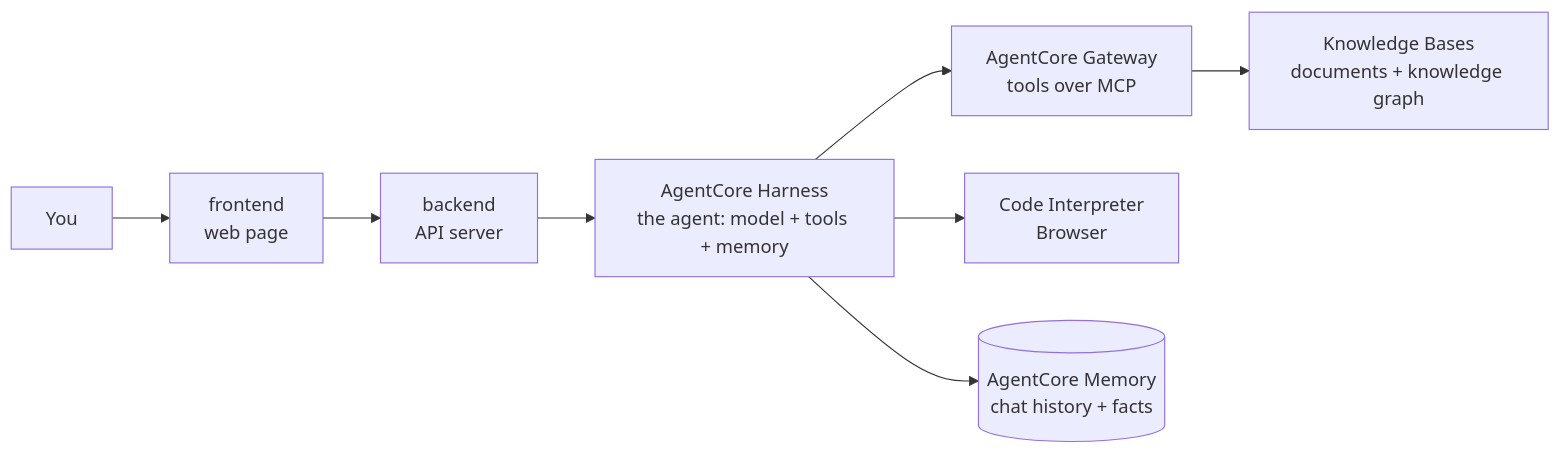
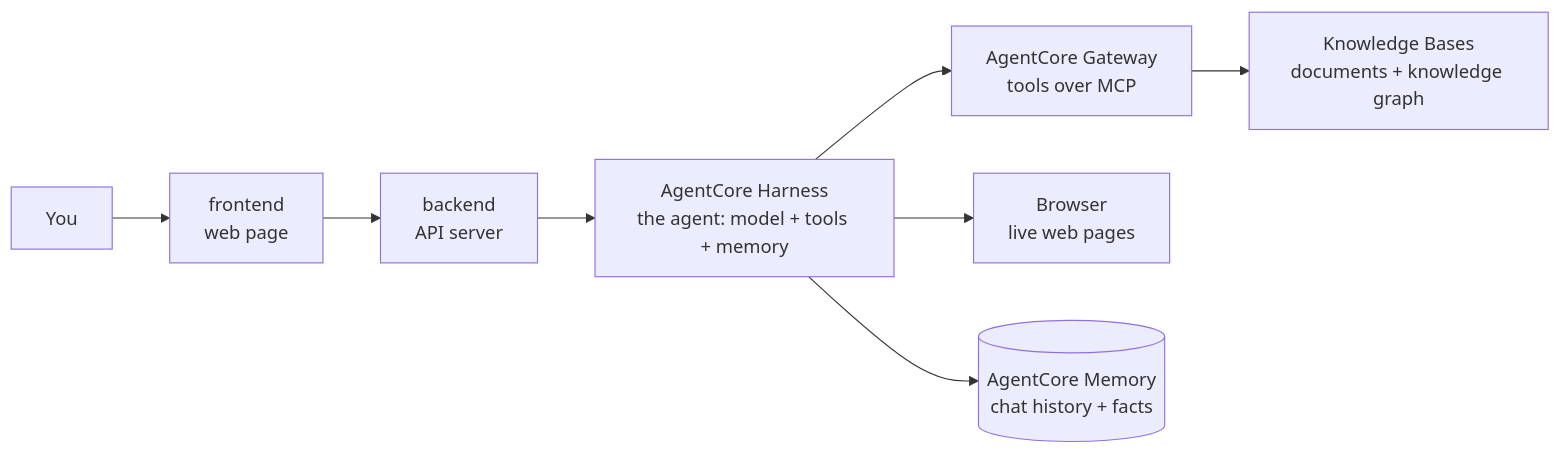
Before and after one commit to yashzord/Docs_Copilot: the diagram in README.md, drawn with Mermaid. The commit also changed other lines of this file and 6 other files, not shown here.

````diff
--- a/README.md
+++ b/README.md
@@ -87,10 +85,10 @@
 ```mermaid
 flowchart LR
     U[You] --> F[frontend<br/>web page]
     F --> B[backend<br/>API server]
     B --> H[AgentCore Harness<br/>the agent: model + tools + memory]
     H --> G[AgentCore Gateway<br/>tools over MCP]
     G --> K[Knowledge Bases<br/>documents + knowledge graph]
-    H --> T[Code Interpreter<br/>Browser]
+    H --> T[Browser<br/>live web pages]
     H --> M[(AgentCore Memory<br/>chat history + facts)]
 ```
````
